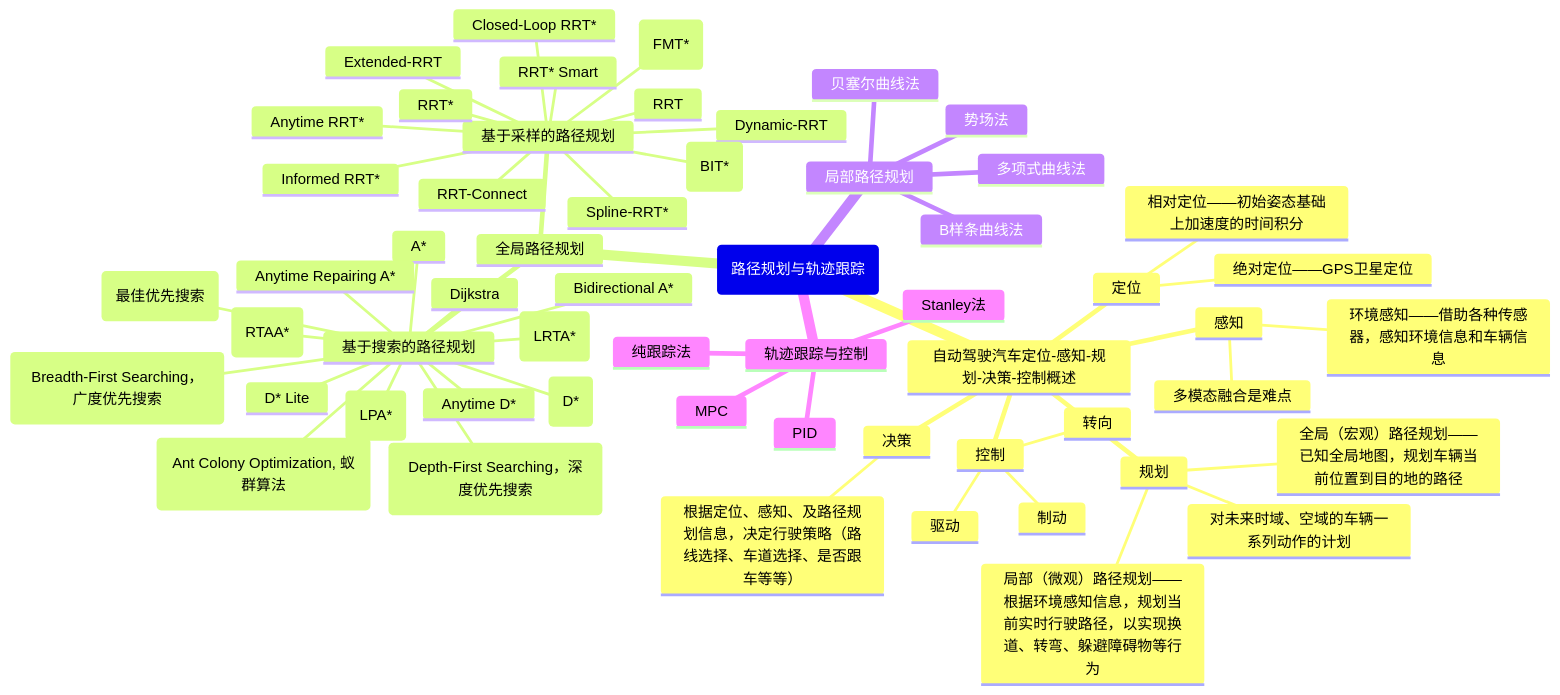
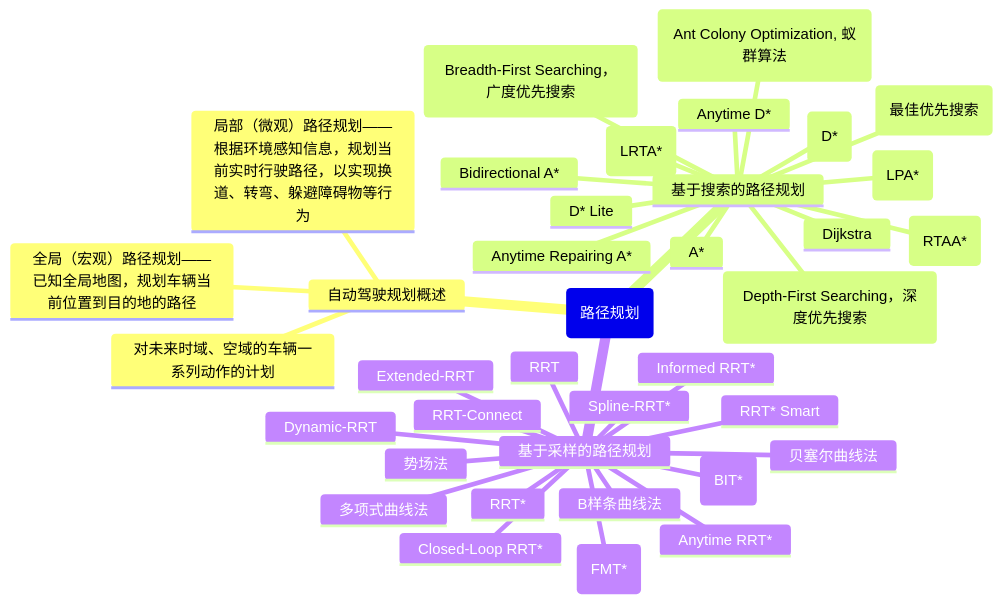
Before and after one commit to fenwickxie/notes: the first of 2 diagrams in automatic_driving/PP/PP.md, drawn with Mermaid. The commit also changed 7 other files, not shown here.

````diff
--- a/automatic_driving/PP/PP.md
+++ b/automatic_driving/PP/PP.md
@@ -5,61 +5,42 @@
 ```mermaid
 mindmap
-  root(路径规划与轨迹跟踪)
-    自动驾驶汽车定位-感知-规划-决策-控制概述
-      定位
-        绝对定位——GPS卫星定位
-        相对定位——初始姿态基础上加速度的时间积分
-      感知
-        环境感知——借助各种传感器，感知环境信息和车辆信息
-        多模态融合是难点
-      规划
-        对未来时域、空域的车辆一系列动作的计划
-        全局（宏观）路径规划——已知全局地图，规划车辆当前位置到目的地的路径
-        局部（微观）路径规划——根据环境感知信息，规划当前实时行驶路径，以实现换道、转弯、躲避障碍物等行为
-      决策
-        根据定位、感知、及路径规划信息，决定行驶策略（路线选择、车道选择、是否跟车等等）
-      控制
-        转向
-        驱动
-        制动
-    全局路径规划
-      基于搜索的路径规划
-        BFS(Breadth-First Searching，广度优先搜索)
-        DFS(Depth-First Searching，深度优先搜索)
-        Best-First Searching(最佳优先搜索)
-        Dijkstra
-        ACO(Ant Colony Optimization, 蚁群算法)
-        A\*
-        Bidirectional A\*
-        Anytime Repairing A\*
-        Learning Real-time A\* (LRTA*)
-        Real-time Adaptive A\* (RTAA*)
-        Lifelong Planning A\* (LPA*)
-        Dynamic A\* (D\*)
-        D\* Lite
-        Anytime D\*
-      基于采样的路径规划
-        RRT
-        RRT-Connect
-        Extended-RRT
-        Dynamic-RRT
-        RRT\*
-        Informed RRT\*
-        RRT* Smart
-        Anytime RRT\*
-        Closed-Loop RRT\*
-        Spline-RRT\*
-        Fast Marching Trees (FMT\*)
-        Batch Informed Trees (BIT\*)
-    局部路径规划
+  root(路径规划)
+    自动驾驶规划概述
+      对未来时域、空域的车辆一系列动作的计划
+      全局（宏观）路径规划——已知全局地图，规划车辆当前位置到目的地的路径
+      局部（微观）路径规划——根据环境感知信息，规划当前实时行驶路径，以实现换道、转弯、躲避障碍物等行为
+    基于搜索的路径规划
+      BFS(Breadth-First Searching，广度优先搜索)
+      DFS(Depth-First Searching，深度优先搜索)
+      Best-First Searching(最佳优先搜索)
+      Dijkstra
+      ACO(Ant Colony Optimization, 蚁群算法)
+      A\*
+      Bidirectional A\*
+      Anytime Repairing A\*
+      Learning Real-time A\* (LRTA*)
+      Real-time Adaptive A\* (RTAA*)
+      Lifelong Planning A\* (LPA*)
+      Dynamic A\* (D\*)
+      D\* Lite
+      Anytime D\*
+    基于采样的路径规划
+      RRT
+      RRT-Connect
+      Extended-RRT
+      Dynamic-RRT
+      RRT\*
+      Informed RRT\*
+      RRT* Smart
+      Anytime RRT\*
+      Closed-Loop RRT\*
+      Spline-RRT\*
+      Fast Marching Trees (FMT\*)
+      Batch Informed Trees (BIT\*)
       多项式曲线法
       势场法
       贝塞尔曲线法
       B样条曲线法
-    轨迹跟踪与控制
-      纯跟踪法
-      Stanley法
-      PID
-      MPC
+
 
 ```
````
